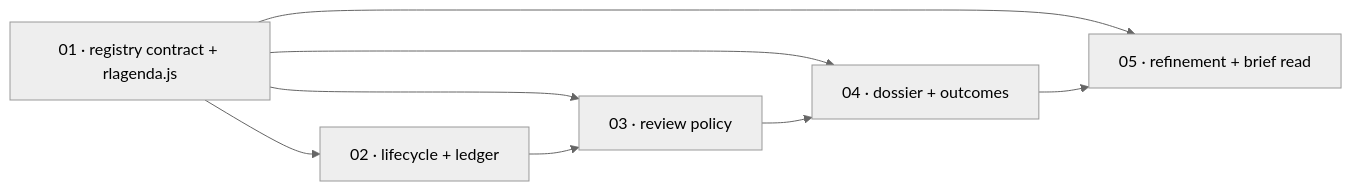
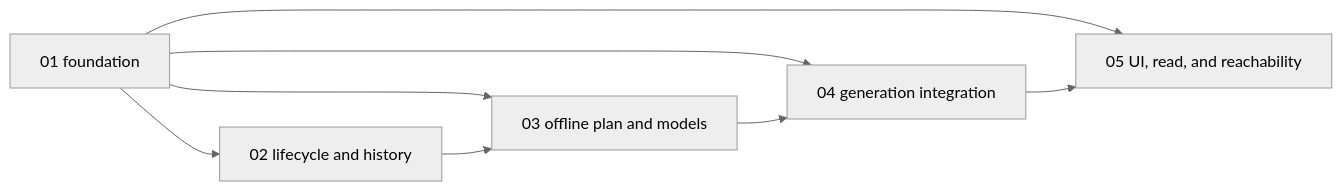
Before and after one commit to pkirsanov/research-lab: the diagram in specs/019-custom-recurring-research-agenda/scopes/_index.md, drawn with Mermaid (neutral theme). The commit also changed other lines of this file and 80 other files, not shown here.

````diff
--- a/specs/019-custom-recurring-research-agenda/scopes/_index.md
+++ b/specs/019-custom-recurring-research-agenda/scopes/_index.md
@@ -79,10 +102,10 @@
 ```mermaid
 graph LR
-  S01["01 · registry contract + rlagenda.js"] --> S02["02 · lifecycle + ledger"]
-  S01 --> S03["03 · review policy"]
-  S01 --> S04["04 · dossier + outcomes"]
-  S01 --> S05["05 · refinement + brief read"]
-  S02 --> S03
-  S03 --> S04
-  S04 --> S05
+  S01["01 foundation"] --> S02["02 lifecycle and history"]
+   S01 --> S03["03 offline plan and models"]
+  S02 --> S03["03 offline plan and models"]
+   S01 --> S04["04 generation integration"]
+  S03 --> S04["04 generation integration"]
+   S01 --> S05["05 UI, read, and reachability"]
+  S04 --> S05["05 UI, read, and reachability"]
 ```
````
